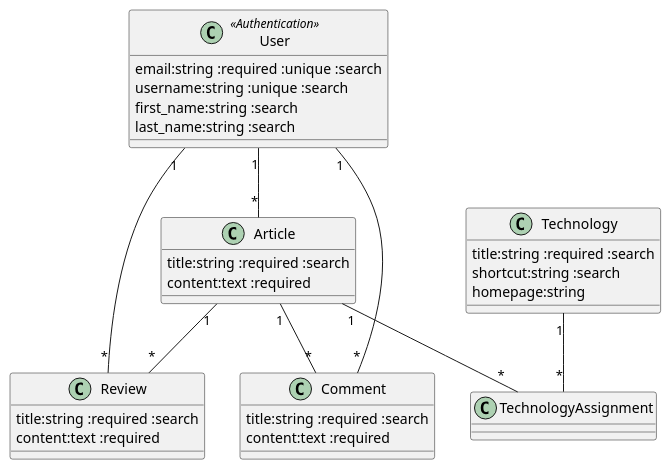
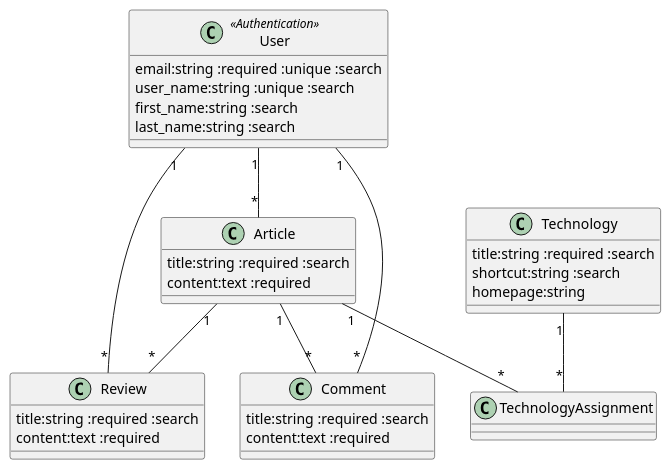
One commit to jrcech/blogger changed the diagram in docs/model.md. Above: the diagram before and after it, drawn with PlantUML. The commit also changed 480 other files, not shown here.

````diff
--- a/docs/model.md
+++ b/docs/model.md
@@ -3,43 +3,43 @@
 ```plantuml
 @startuml
 
 class User <<Authentication>> {
   email:string :required :unique :search
-  username:string :unique :search
+  user_name:string :unique :search
   first_name:string :search
   last_name:string :search
 }
 
 class Article {
   title:string :required :search
   content:text :required
 }
 
 class Technology {
   title:string :required :search
   shortcut:string :search
   homepage:string
 }
 
 class Comment {
   title:string :required :search
   content:text :required
 }
 
 class Review {
   title:string :required :search
   content:text :required
 }
 
 User "1" -- "*" Article
 User "1" -- "*" Review
 User "1" -- "*" Comment
 
 Article "1" -- "*" Review
 Article "1" -- "*" Comment
 
 Article "1" -- "*" TechnologyAssignment
 Technology "1" -- "*" TechnologyAssignment
 
 @enduml
 ```
````
